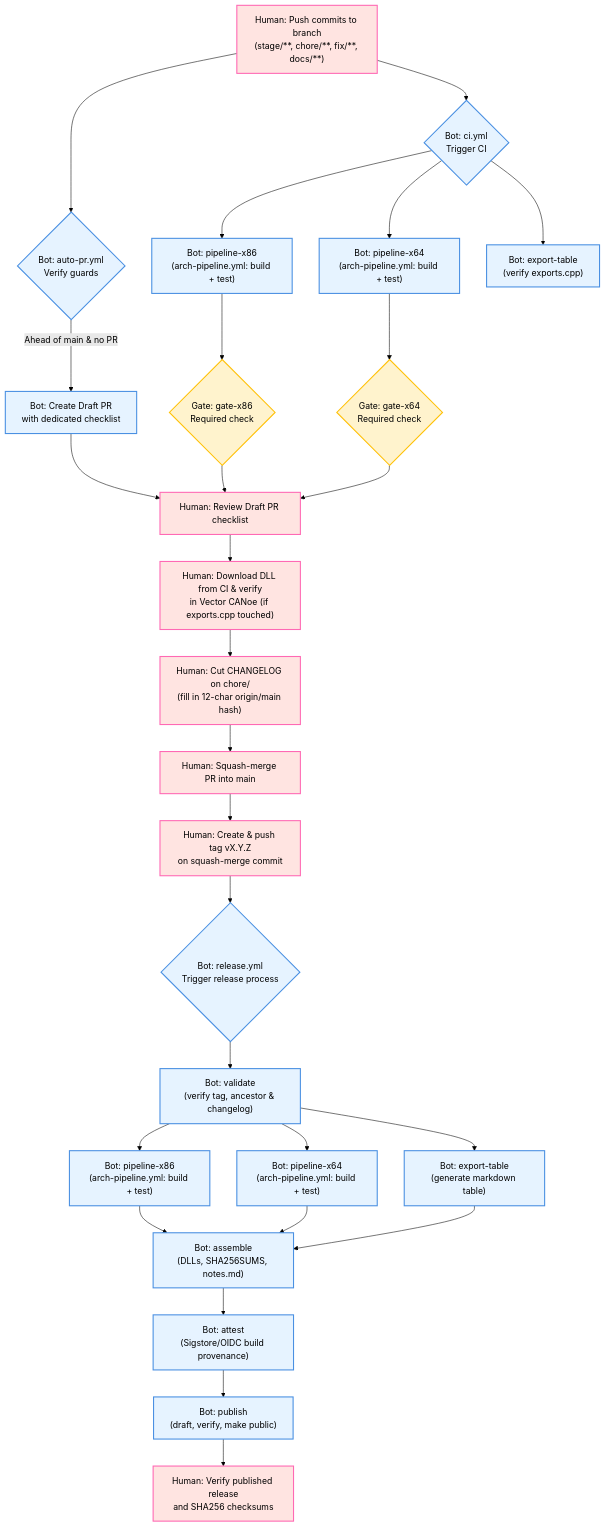
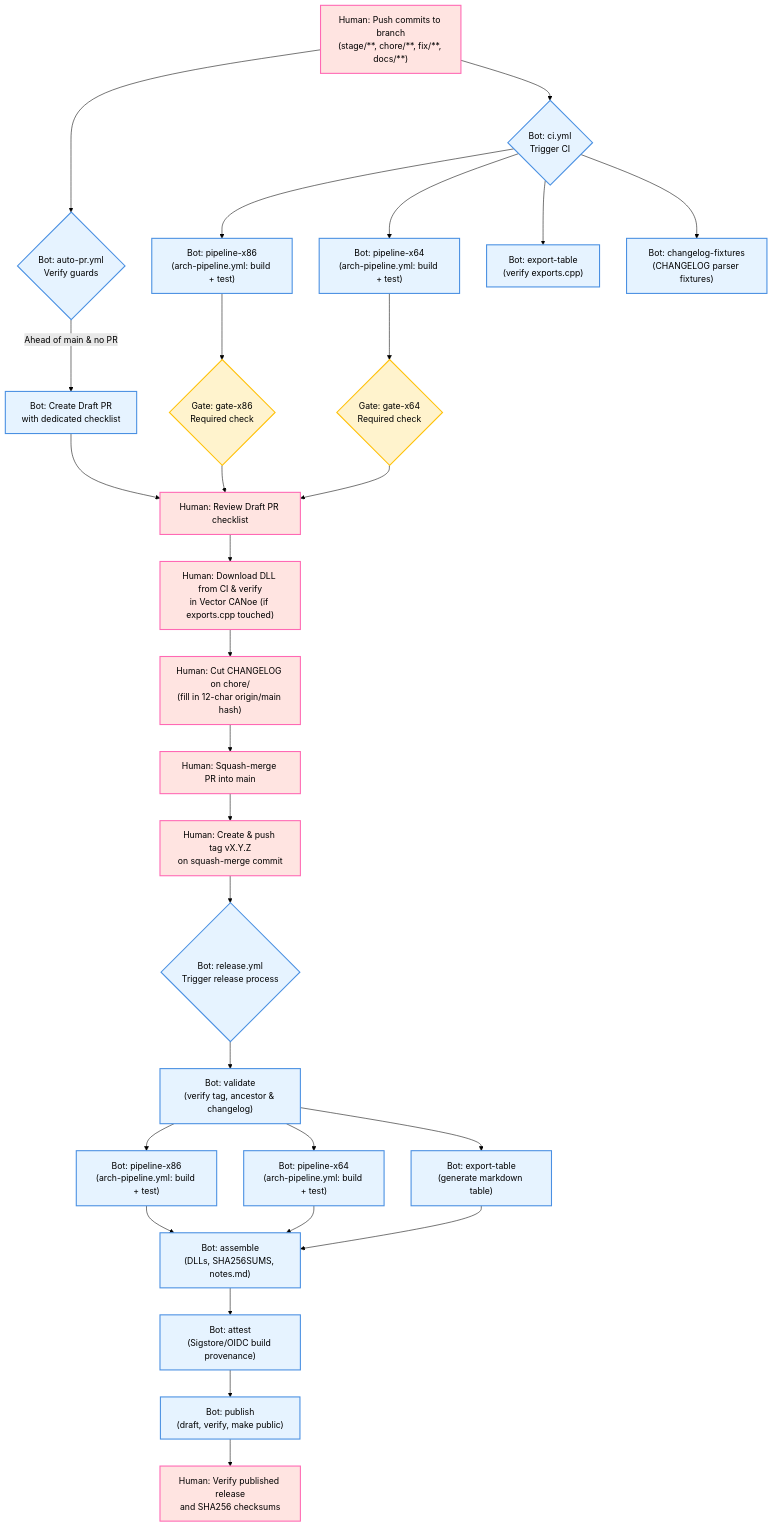
The first of 4 diagrams in docs/ci-flow.md (can-tools/restifycapl), drawn with Mermaid (forest theme) before and after one commit. The commit also changed other lines of this file and 70 other files, not shown here.

First line of the commit message:
chore/ci-changelog-parser: add scripts/ci/changelog.ps1 and replace the inline CHANGELOG parser in release.yml (#21)

````diff
--- a/docs/ci-flow.md
+++ b/docs/ci-flow.md
@@ -11,72 +11,74 @@
 ```mermaid
 flowchart TD
     classDef human fill:#ffe4e1,stroke:#ff69b4,stroke-width:2px;
     classDef bot fill:#e6f3ff,stroke:#4a90e2,stroke-width:2px;
     classDef gate fill:#fff3cd,stroke:#ffc107,stroke-width:2px;
 
     %% 1. Developer pushes branch
     H1["Human: Push commits to branch<br/>(stage/**, chore/**, fix/**, docs/**)"]:::human
     
     %% 2. Auto-PR
     APR_TRIGGER{"Bot: auto-pr.yml<br/>Verify guards"}:::bot
     APR_CREATE["Bot: Create Draft PR<br/>with dedicated checklist"]:::bot
     
     %% 3. CI Pipeline
     CI_TRIGGER{"Bot: ci.yml<br/>Trigger CI"}:::bot
     CI_X86["Bot: pipeline-x86<br/>(arch-pipeline.yml: build + test)"]:::bot
     CI_X64["Bot: pipeline-x64<br/>(arch-pipeline.yml: build + test)"]:::bot
     CI_TABLE["Bot: export-table<br/>(verify exports.cpp)"]:::bot
+    CI_CLFIX["Bot: changelog-fixtures<br/>(CHANGELOG parser fixtures)"]:::bot
     
     GATE_X86{"Gate: gate-x86<br/>Required check"}:::gate
     GATE_X64{"Gate: gate-x64<br/>Required check"}:::gate
     
     %% 4. Human Verification & Checkpoints
     H2["Human: Review Draft PR checklist"]:::human
     H3["Human: Download DLL from CI & verify<br/>in Vector CANoe (if exports.cpp touched)"]:::human
     H4["Human: Cut CHANGELOG on chore/<br/>(fill in 12-char origin/main hash)"]:::human
     H5["Human: Squash-merge PR into main"]:::human
     
     %% 5. Release
     H6["Human: Create & push tag vX.Y.Z<br/>on squash-merge commit"]:::human
     REL_TRIGGER{"Bot: release.yml<br/>Trigger release process"}:::bot
     REL_VAL["Bot: validate<br/>(verify tag, ancestor & changelog)"]:::bot
     REL_X86["Bot: pipeline-x86<br/>(arch-pipeline.yml: build + test)"]:::bot
     REL_X64["Bot: pipeline-x64<br/>(arch-pipeline.yml: build + test)"]:::bot
     REL_TABLE["Bot: export-table<br/>(generate markdown table)"]:::bot
     REL_ASM["Bot: assemble<br/>(DLLs, SHA256SUMS, notes.md)"]:::bot
     REL_ATTEST["Bot: attest<br/>(Sigstore/OIDC build provenance)"]:::bot
     REL_PUB["Bot: publish<br/>(draft, verify, make public)"]:::bot
     
     H7["Human: Verify published release<br/>and SHA256 checksums"]:::human
 
     %% Connections
     H1 --> APR_TRIGGER
     APR_TRIGGER -->|Ahead of main & no PR| APR_CREATE
     APR_CREATE --> H2
     
     H1 --> CI_TRIGGER
     CI_TRIGGER --> CI_X86
     CI_TRIGGER --> CI_X64
     CI_TRIGGER --> CI_TABLE
+    CI_TRIGGER --> CI_CLFIX
     CI_X86 --> GATE_X86
     CI_X64 --> GATE_X64
     
     GATE_X86 --> H2
     GATE_X64 --> H2
     H2 --> H3
     H3 --> H4
     H4 --> H5
     H5 --> H6
     
     H6 --> REL_TRIGGER
     REL_TRIGGER --> REL_VAL
     REL_VAL --> REL_X86
     REL_VAL --> REL_X64
     REL_VAL --> REL_TABLE
     REL_X86 --> REL_ASM
     REL_X64 --> REL_ASM
     REL_TABLE --> REL_ASM
     REL_ASM --> REL_ATTEST
     REL_ATTEST --> REL_PUB
     REL_PUB --> H7
 ```
````
